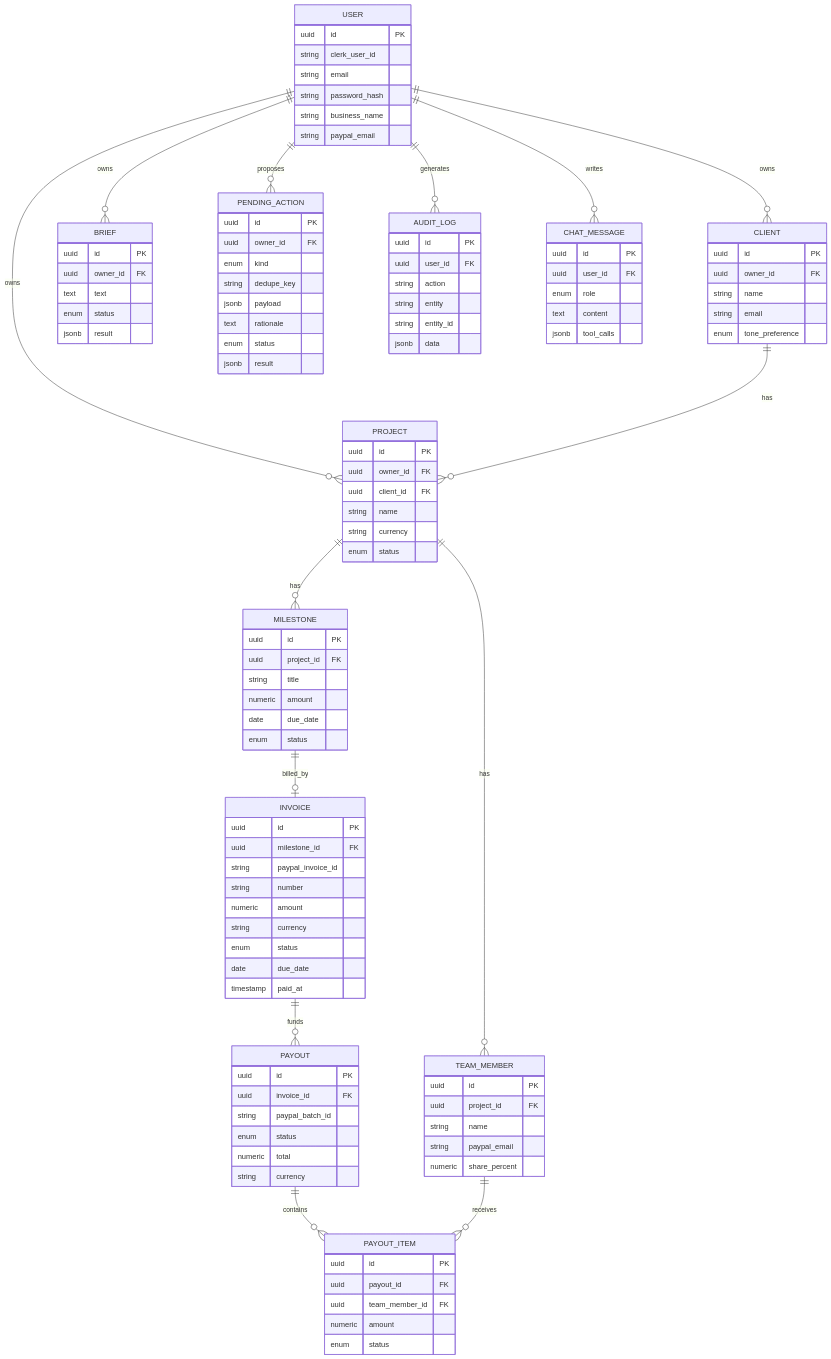
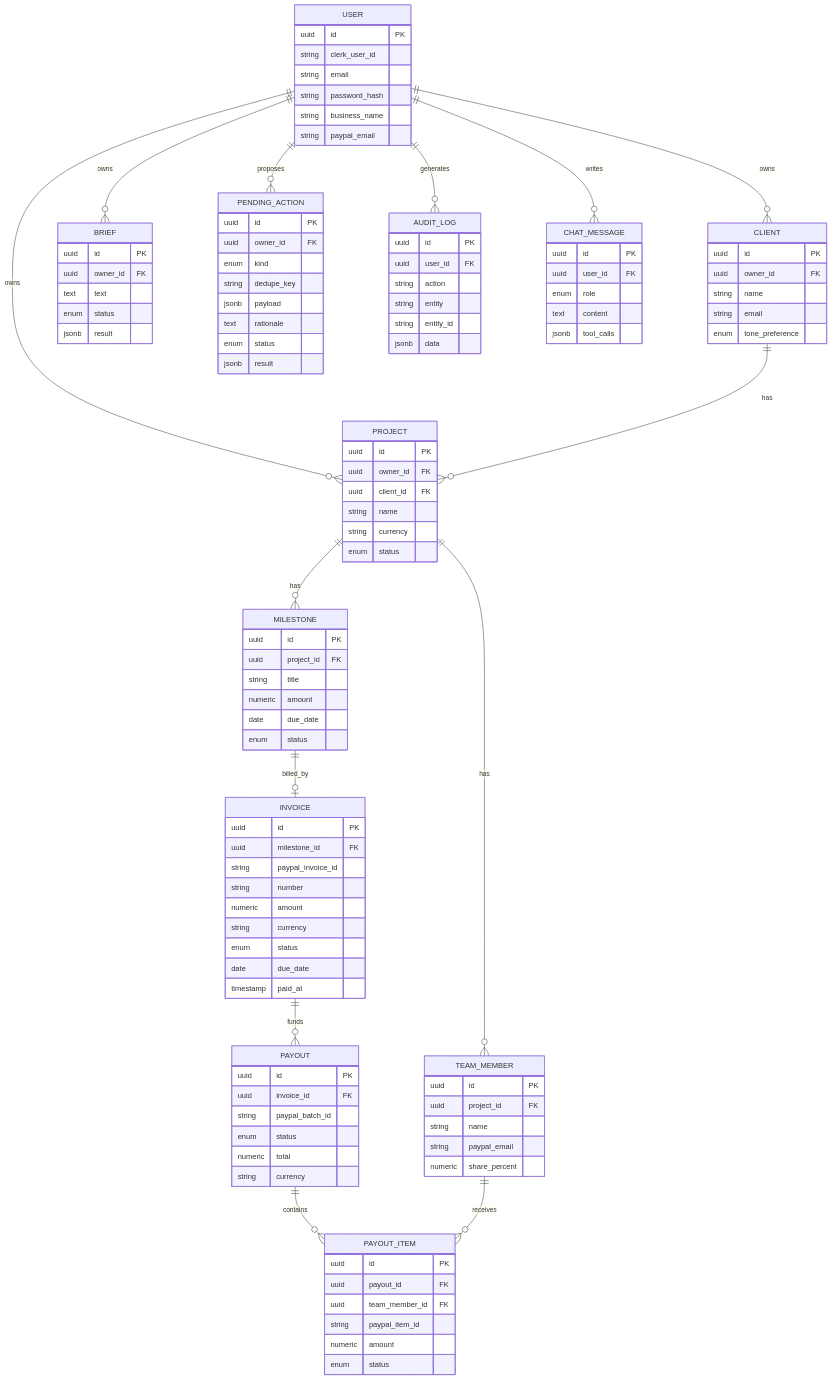
One commit to f-ei8ht/vizlify changed the first of 2 diagrams in docs/03-architecture/data-model.md. Above: the diagram before and after it, drawn with Mermaid. The commit also changed other lines of this file and 57 other files, not shown here.

```diff
--- a/docs/03-architecture/data-model.md
+++ b/docs/03-architecture/data-model.md
@@ -85,6 +84,7 @@
         uuid id PK
         uuid payout_id FK
         uuid team_member_id FK
+        string paypal_item_id
         numeric amount
         enum status
     }
```
